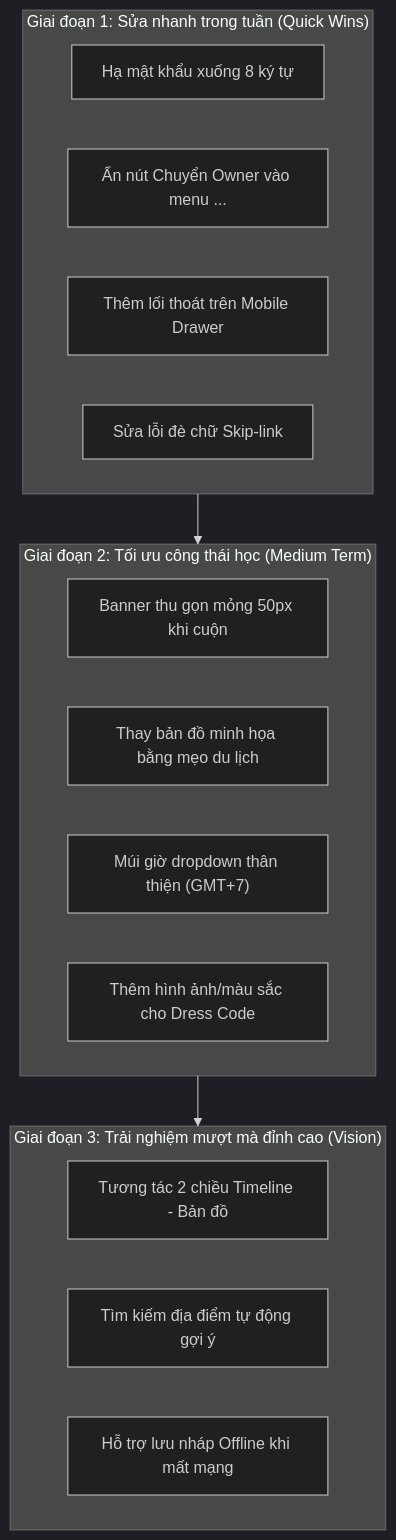
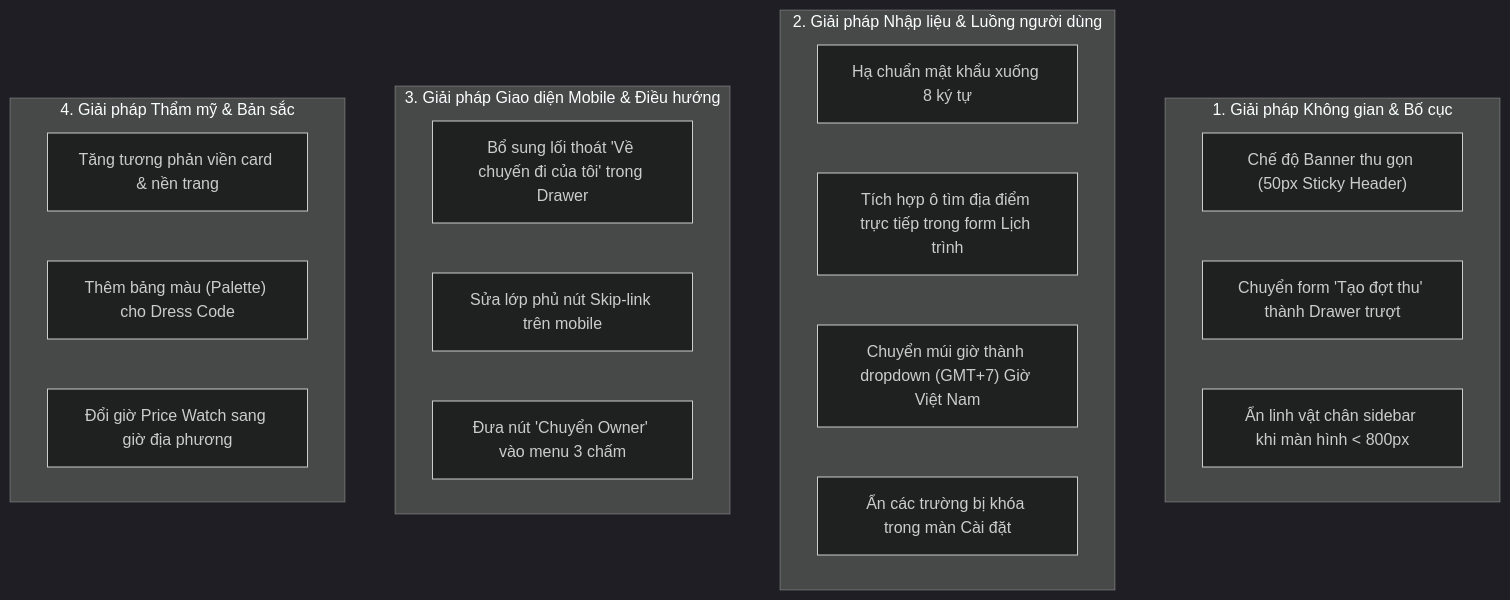
Before and after one commit to Wolfari-Labs/Wolfari-web: the second of 3 diagrams in DANH_GIA_CHI_TIET_GIAO_DIEN.md, drawn with Mermaid (dark theme). The commit also changed other lines of this file and 49 other files, not shown here.

````diff
--- a/DANH_GIA_CHI_TIET_GIAO_DIEN.md
+++ b/DANH_GIA_CHI_TIET_GIAO_DIEN.md
@@ -335,21 +77,24 @@
 ```mermaid
-flowchart TD
-    subgraph G1 ["Giai đoạn 1: Sửa nhanh trong tuần (Quick Wins)"]
-        G1A["Hạ mật khẩu xuống 8 ký tự"]
-        G1B["Ẩn nút Chuyển Owner vào menu ..."]
-        G1C["Thêm lối thoát trên Mobile Drawer"]
-        G1D["Sửa lỗi đè chữ Skip-link"]
+graph TD
+    subgraph S1 ["1. Giải pháp Không gian & Bố cục"]
+        S1A["Chế độ Banner thu gọn (50px Sticky Header)"]
+        S1B["Chuyển form 'Tạo đợt thu' thành Drawer trượt"]
+        S1C["Ẩn linh vật chân sidebar khi màn hình < 800px"]
     end
-    subgraph G2 ["Giai đoạn 2: Tối ưu công thái học (Medium Term)"]
-        G2A["Banner thu gọn mỏng 50px khi cuộn"]
-        G2B["Thay bản đồ minh họa bằng mẹo du lịch"]
-        G2C["Múi giờ dropdown thân thiện (GMT+7)"]
-        G2D["Thêm hình ảnh/màu sắc cho Dress Code"]
+    subgraph S2 ["2. Giải pháp Nhập liệu & Luồng người dùng"]
+        S2A["Hạ chuẩn mật khẩu xuống 8 ký tự"]
+        S2B["Tích hợp ô tìm địa điểm trực tiếp trong form Lịch trình"]
+        S2C["Chuyển múi giờ thành dropdown (GMT+7) Giờ Việt Nam"]
+        S2D["Ẩn các trường bị khóa trong màn Cài đặt"]
     end
-    subgraph G3 ["Giai đoạn 3: Trải nghiệm mượt mà đỉnh cao (Vision)"]
-        G3A["Tương tác 2 chiều Timeline - Bản đồ"]
-        G3B["Tìm kiếm địa điểm tự động gợi ý"]
-        G3C["Hỗ trợ lưu nháp Offline khi mất mạng"]
+    subgraph S3 ["3. Giải pháp Giao diện Mobile & Điều hướng"]
+        S3A["Bổ sung lối thoát 'Về chuyến đi của tôi' trong Drawer"]
+        S3B["Sửa lớp phủ nút Skip-link trên mobile"]
+        S3C["Đưa nút 'Chuyển Owner' vào menu 3 chấm"]
     end
-    G1 --> G2 --> G3
+    subgraph S4 ["4. Giải pháp Thẩm mỹ & Bản sắc"]
+        S4A["Tăng tương phản viền card & nền trang"]
+        S4B["Thêm bảng màu (Palette) cho Dress Code"]
+        S4C["Đổi giờ Price Watch sang giờ địa phương"]
+    end
 ```
````
